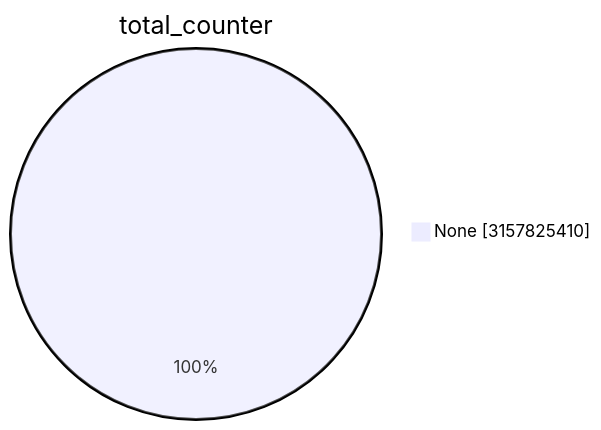
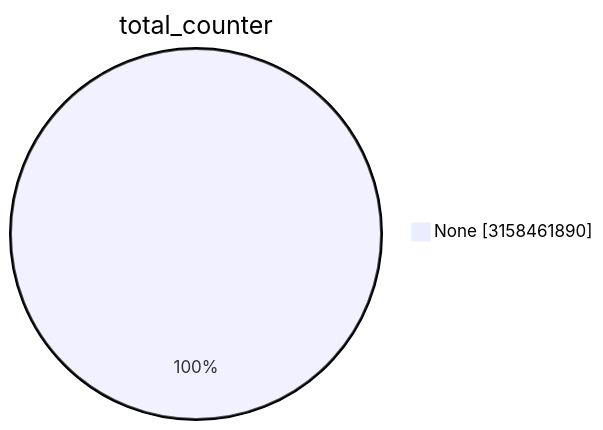
Before and after one commit to christiankrug/ctmonitor_visualization: the first of 15 diagrams in TOTAL/README.md, drawn with Mermaid. The commit also changed other lines of this file, not shown here.

````diff
--- a/TOTAL/README.md
+++ b/TOTAL/README.md
@@ -1,5 +1,5 @@
 ```mermaid
 pie showData
 title total_counter
-"None" :3157825410
+"None" :3158461890
 ```
````
